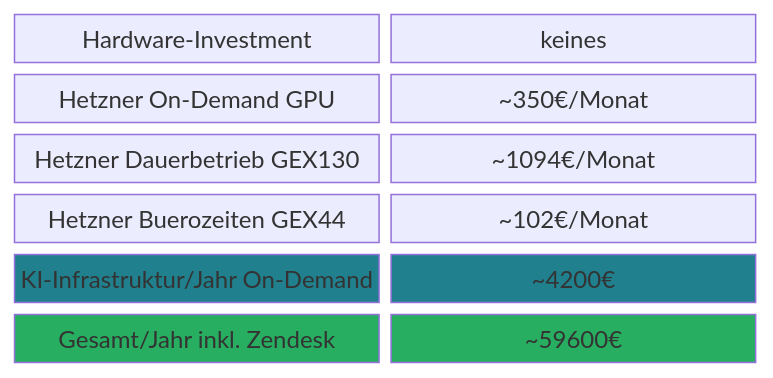
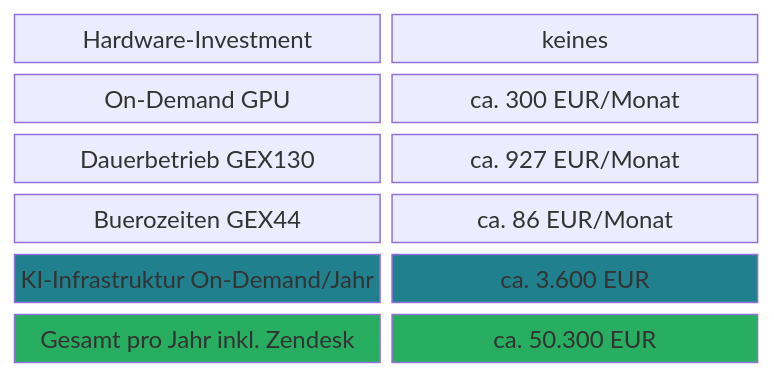
The eighth of 11 diagrams in readme.md (tekknix/zendesk-ai), drawn with Mermaid before and after one commit. The commit also changed other lines of this file, not shown here.

````diff
--- a/readme.md
+++ b/readme.md
@@ -167,15 +184,15 @@
 ```mermaid
 block-beta
     columns 2
     A["Hardware-Investment"]:1 B["keines"]:1
-    C["Hetzner On-Demand GPU"]:1 D["~350€/Monat"]:1
-    E["Hetzner Dauerbetrieb GEX130"]:1 F["~1094€/Monat"]:1
-    G["Hetzner Buerozeiten GEX44"]:1 H["~102€/Monat"]:1
-    I["KI-Infrastruktur/Jahr On-Demand"]:1 J["~4200€"]:1
-    K["Gesamt/Jahr inkl. Zendesk"]:1 L["~59600€"]:1
+    C["On-Demand GPU"]:1 D["ca. 300 EUR/Monat"]:1
+    E["Dauerbetrieb GEX130"]:1 F["ca. 927 EUR/Monat"]:1
+    G["Buerozeiten GEX44"]:1 H["ca. 86 EUR/Monat"]:1
+    I["KI-Infrastruktur On-Demand/Jahr"]:1 J["ca. 3.600 EUR"]:1
+    K["Gesamt pro Jahr inkl. Zendesk"]:1 L["ca. 50.300 EUR"]:1
 
     style I fill:#20808D,color:#fff
     style J fill:#20808D,color:#fff
     style K fill:#27AE60,color:#fff
     style L fill:#27AE60,color:#fff
 ```
````
